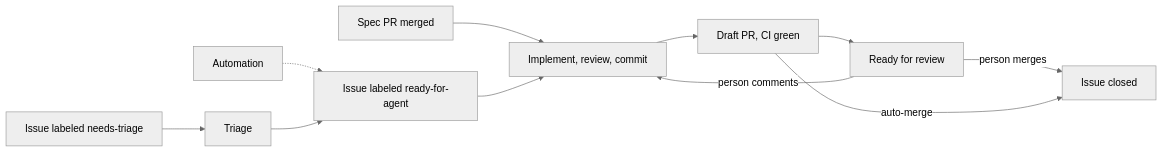
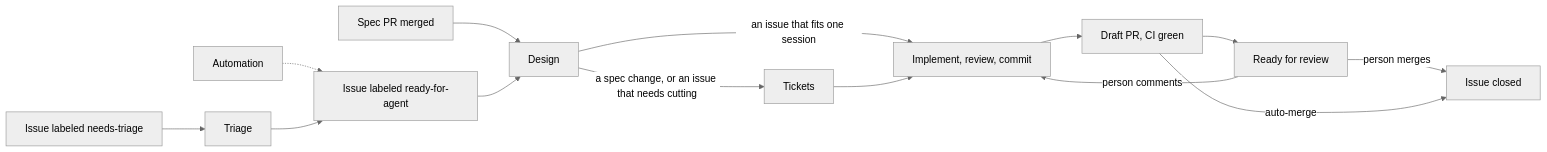
One commit to XRafik/linewright changed the diagram in docs/specs/product.md. Above: the diagram before and after it, drawn with Mermaid (neutral theme). The commit also changed other lines of this file and 8 other files, not shown here.

````diff
--- a/docs/specs/product.md
+++ b/docs/specs/product.md
@@ -79,13 +79,15 @@
 ```mermaid
 flowchart LR
-    spec[Spec PR merged] --> impl[Implement, review, commit]
+    spec[Spec PR merged] --> design[Design]
     issue[Issue labeled needs-triage] --> triage[Triage]
     automation[Automation] -.-> ready
     triage --> ready[Issue labeled ready-for-agent]
-    ready --> impl
+    ready --> design
+    design -- an issue that fits one session --> impl[Implement, review, commit]
+    design -- a spec change, or an issue that needs cutting --> tickets[Tickets] --> impl
     impl --> draft[Draft PR, CI green]
     draft --> review[Ready for review]
     review -- person comments --> impl
     review -- person merges --> done[Issue closed]
     draft -- auto-merge --> done
 ```
````
